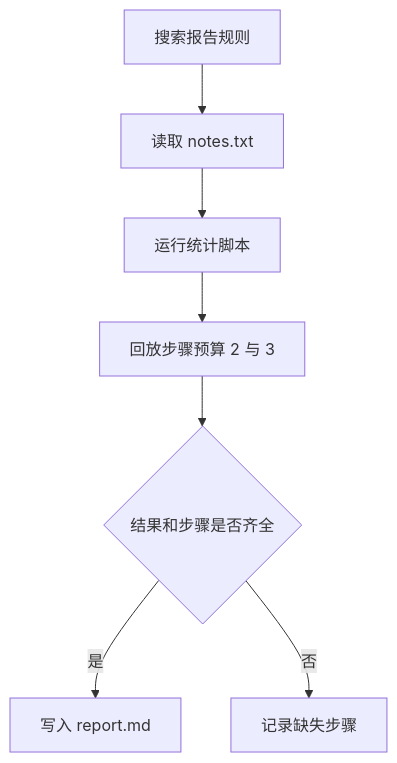
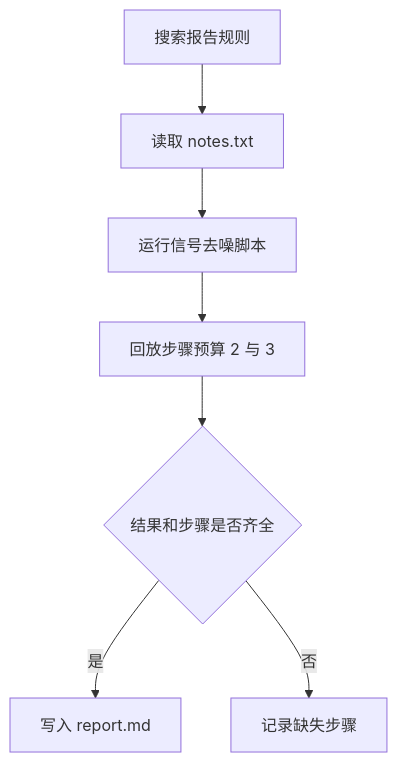
One commit to HarryYangthu/TheBestAIGuide changed the diagram in 10-Knowledge/02 Agent Harness/08-tools-and-environment/02-four-tools.md. Above: the diagram before and after it, drawn with Mermaid. The commit also changed other lines of this file and 341 other files, not shown here.

````diff
--- a/10-Knowledge/02 Agent Harness/08-tools-and-environment/02-four-tools.md
+++ b/10-Knowledge/02 Agent Harness/08-tools-and-environment/02-four-tools.md
@@ -7,9 +7,9 @@
 ```mermaid
 flowchart TD
     A["搜索报告规则"] --> B["读取 notes.txt"]
-    B --> C["运行统计脚本"]
+    B --> C["运行信号去噪脚本"]
     C --> D["回放步骤预算 2 与 3"]
     D --> E{"结果和步骤是否齐全"}
     E -->|是| F["写入 report.md"]
     E -->|否| G["记录缺失步骤"]
 ```
````
